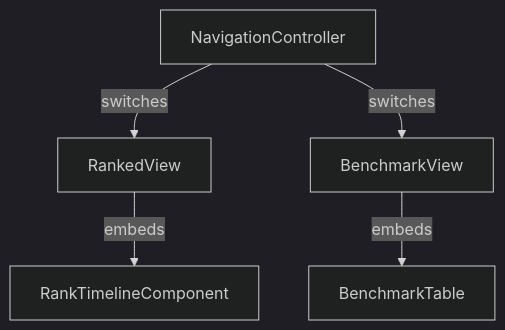
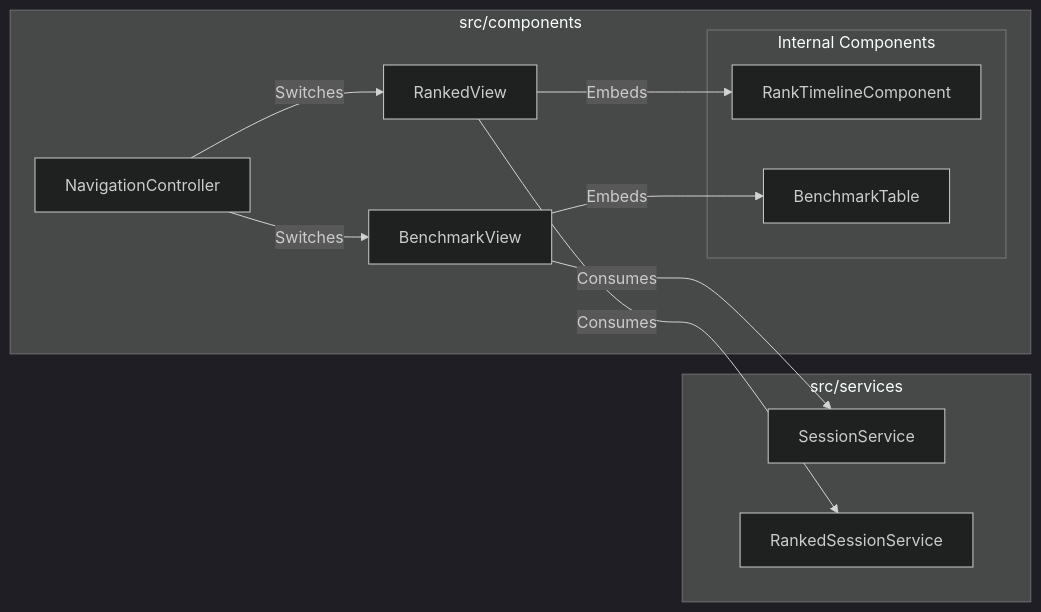
The diagram in src/components/_docs.md (H1410101/raw_output), drawn with Mermaid (dark theme) before and after one commit. The commit also changed other lines of this file and 8 other files, not shown here.

````diff
--- a/src/components/_docs.md
+++ b/src/components/_docs.md
@@ -26,7 +5,27 @@
 ```mermaid
-graph TD
-    NavigationController -->|switches| RankedView
-    NavigationController -->|switches| BenchmarkView
-    RankedView -->|embeds| RankTimelineComponent
-    BenchmarkView -->|embeds| BenchmarkTable
+graph LR
+    subgraph "src/components"
+        NavigationController
+        RankedView
+        BenchmarkView
+        
+        subgraph "Internal Components"
+             RankTimelineComponent
+             BenchmarkTable
+        end
+    end
+
+    subgraph "src/services"
+        SessionService
+        RankedSessionService
+    end
+
+    NavigationController -->|Switches| RankedView
+    NavigationController -->|Switches| BenchmarkView
+    
+    RankedView -->|Consumes| RankedSessionService
+    RankedView -->|Embeds| RankTimelineComponent
+    
+    BenchmarkView -->|Consumes| SessionService
+    BenchmarkView -->|Embeds| BenchmarkTable
 ```
````
